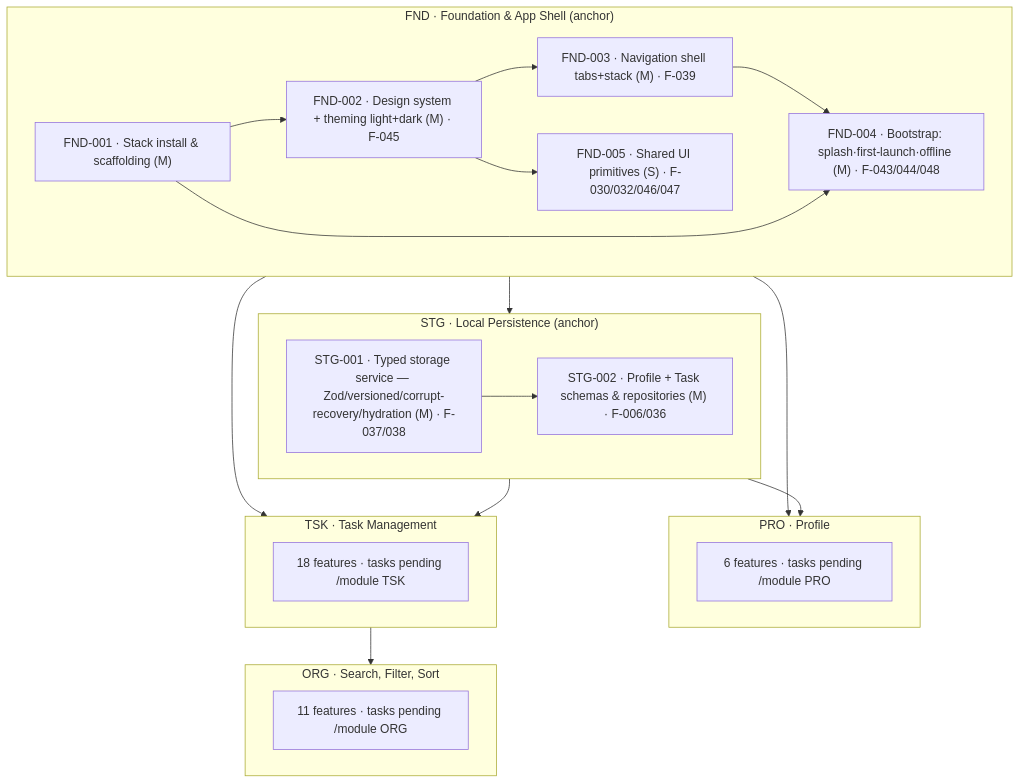
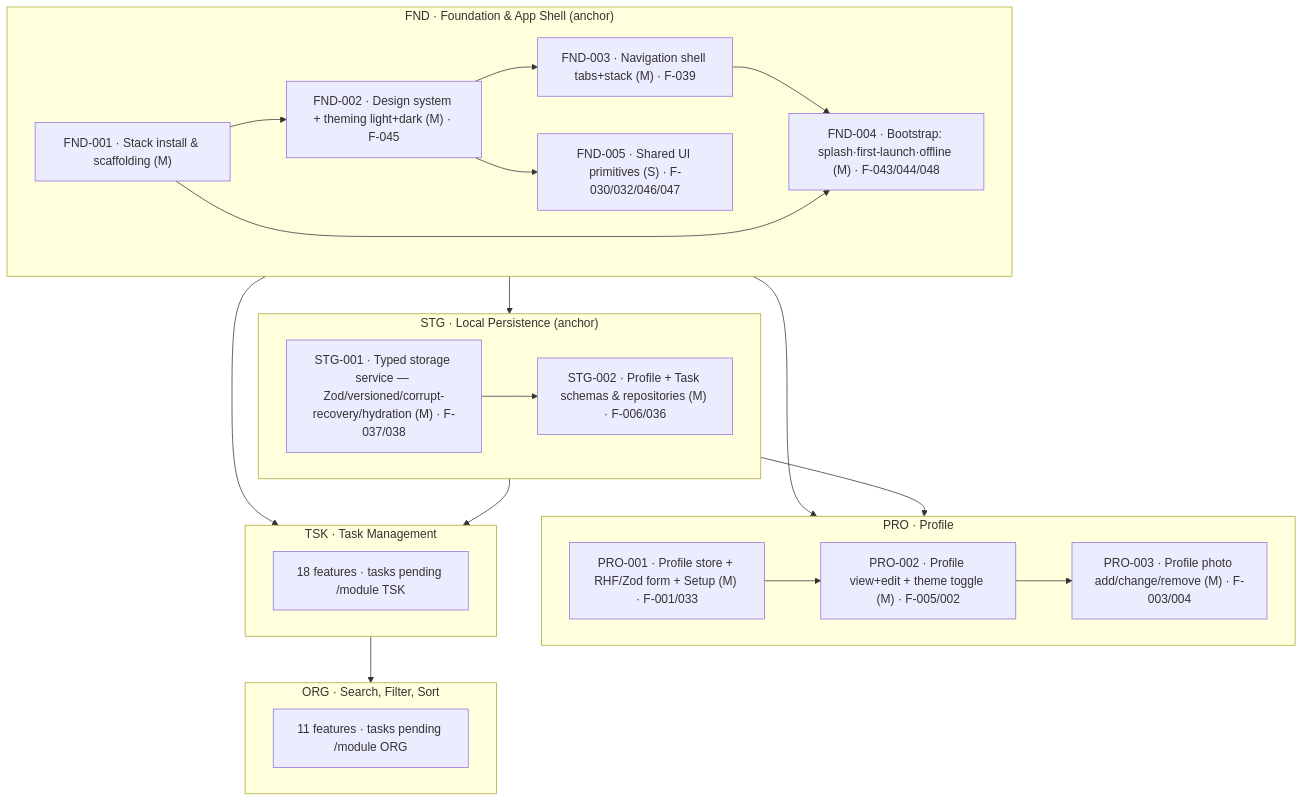
The diagram in docs/graph/graph.mmd (gourav-kashyap-brainspack/harness-todo-app), drawn with Mermaid before and after one commit. The commit also changed 6 other files, not shown here.

First line of the commit message:
plan(PRO): module tasks + specs (store/form/setup, view/edit, photo)

```diff
--- a/docs/graph/graph.mmd
+++ b/docs/graph/graph.mmd
@@ -1,41 +1,45 @@
 %% Task/build dependency graph — generated by the task-graph skill from docs/graph/modules.json.
 %% Module-level edges + FND task nodes (from /module FND). Other modules' tasks added by /module <id>.
 graph TD
   %% ---- Module dependency edges ----
   FND --> STG
   FND --> PRO
   FND --> TSK
   STG --> PRO
   STG --> TSK
   TSK --> ORG
 
   %% ---- FND tasks (planned) ----
   subgraph FND["FND · Foundation & App Shell (anchor)"]
     FND001["FND-001 · Stack install & scaffolding (M)"]
     FND002["FND-002 · Design system + theming light+dark (M) · F-045"]
     FND003["FND-003 · Navigation shell tabs+stack (M) · F-039"]
     FND004["FND-004 · Bootstrap: splash·first-launch·offline (M) · F-043/044/048"]
     FND005["FND-005 · Shared UI primitives (S) · F-030/032/046/047"]
     FND001 --> FND002
     FND002 --> FND003
     FND002 --> FND005
     FND003 --> FND004
     FND001 --> FND004
   end
 
   subgraph STG["STG · Local Persistence (anchor)"]
     STG001["STG-001 · Typed storage service — Zod/versioned/corrupt-recovery/hydration (M) · F-037/038"]
     STG002["STG-002 · Profile + Task schemas & repositories (M) · F-006/036"]
     STG001 --> STG002
   end
   subgraph PRO["PRO · Profile"]
-    PRO_m["6 features · tasks pending /module PRO"]
+    PRO001["PRO-001 · Profile store + RHF/Zod form + Setup (M) · F-001/033"]
+    PRO002["PRO-002 · Profile view+edit + theme toggle (M) · F-005/002"]
+    PRO003["PRO-003 · Profile photo add/change/remove (M) · F-003/004"]
+    PRO001 --> PRO002
+    PRO002 --> PRO003
   end
   subgraph TSK["TSK · Task Management"]
     TSK_m["18 features · tasks pending /module TSK"]
   end
   subgraph ORG["ORG · Search, Filter, Sort"]
     ORG_m["11 features · tasks pending /module ORG"]
   end
 
   %% Critical path: FND-001 -> FND-002 -> FND-003 -> FND-004. FND-005 parallel with FND-003 (group FND-pg1).
```
